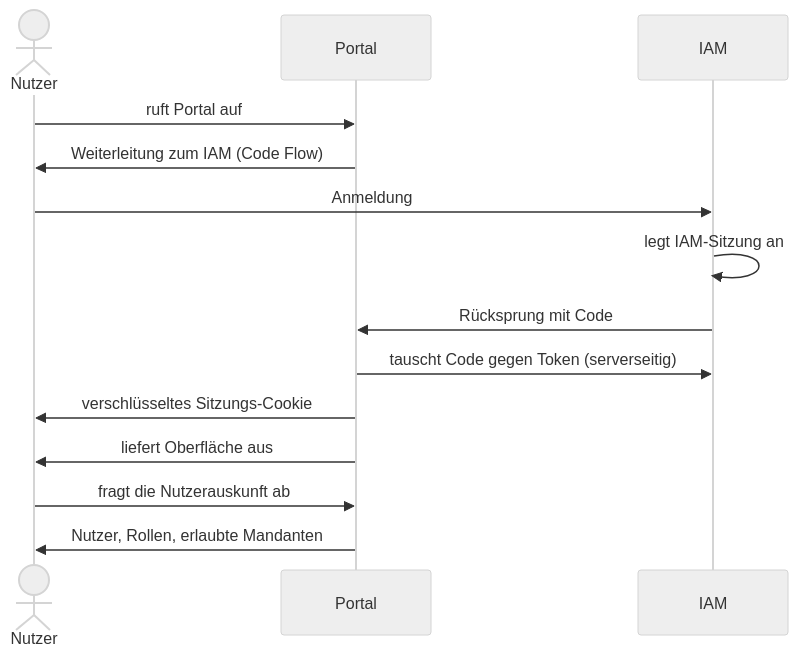
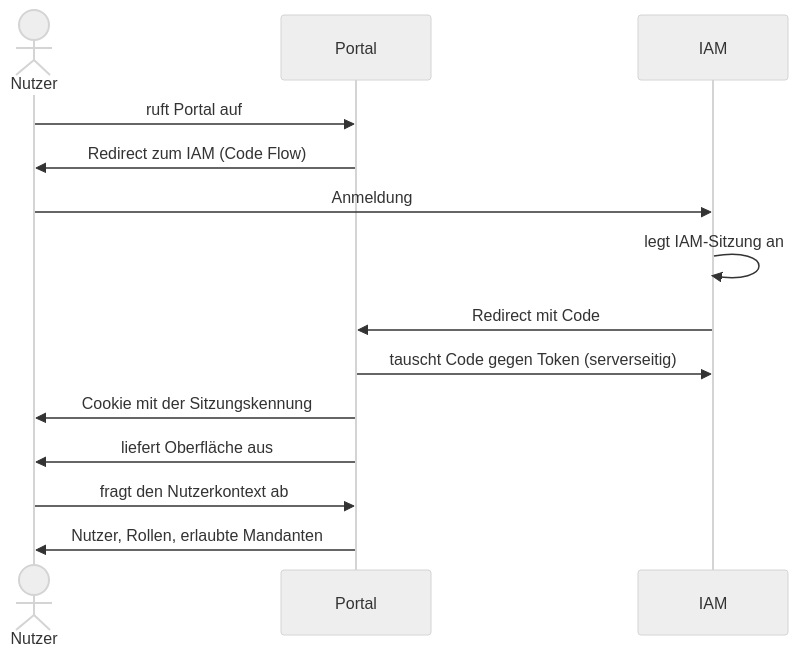
The ninth of 15 diagrams in arch-docs/README.md (tiri/reference-architecture), drawn with Mermaid (neutral theme) before and after one commit. The commit also changed other lines of this file and 1 other file, not shown here.

````diff
--- a/arch-docs/README.md
+++ b/arch-docs/README.md
@@ -418,16 +473,16 @@
 ```mermaid
 sequenceDiagram
     actor N as Nutzer
     participant P as Portal
     participant I as IAM
     N->>P: ruft Portal auf
-    P->>N: Weiterleitung zum IAM (Code Flow)
+    P->>N: Redirect zum IAM (Code Flow)
     N->>I: Anmeldung
     I->>I: legt IAM-Sitzung an
-    I->>P: Rücksprung mit Code
+    I->>P: Redirect mit Code
     P->>I: tauscht Code gegen Token (serverseitig)
-    P->>N: verschlüsseltes Sitzungs-Cookie
+    P->>N: Cookie mit der Sitzungskennung
     P->>N: liefert Oberfläche aus
-    N->>P: fragt die Nutzerauskunft ab
+    N->>P: fragt den Nutzerkontext ab
     P->>N: Nutzer, Rollen, erlaubte Mandanten
 ```
````
